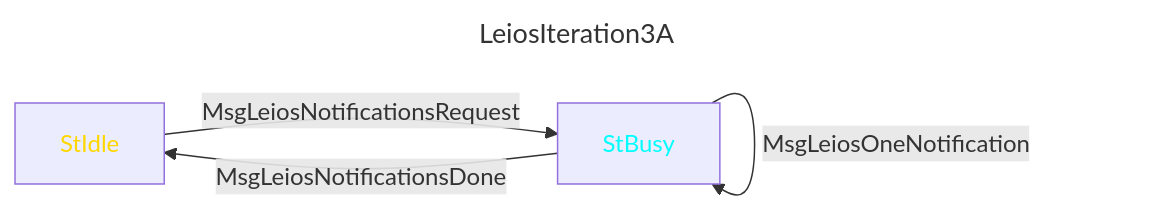
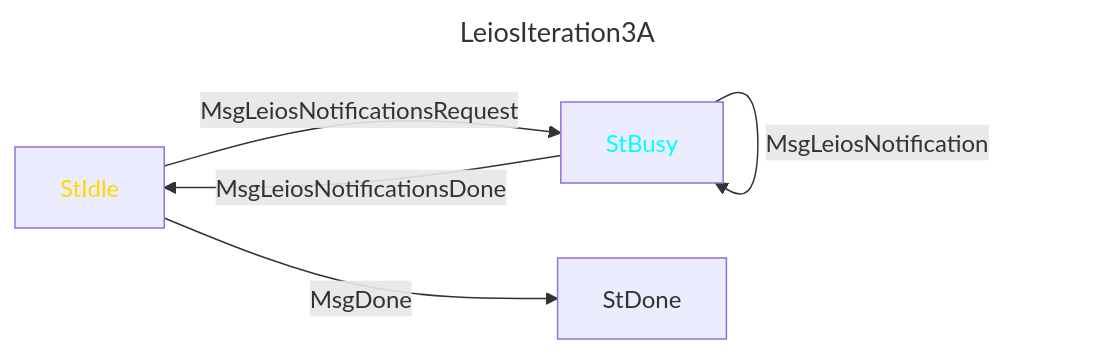
One commit to input-output-hk/ouroboros-leios changed the fourth of 9 diagrams in NewLinearLeiosMiniProtocols.md. Above: the diagram before and after it, drawn with Mermaid. The commit also changed other lines of this file, not shown here.

````diff
--- a/NewLinearLeiosMiniProtocols.md
+++ b/NewLinearLeiosMiniProtocols.md
@@ -143,10 +147,12 @@
 ```mermaid
 ---
 title: LeiosIteration3A
 ---
 graph LR
    style StIdle color:gold;
    style StBusy color:cyan;
 
-   StIdle -->|MsgLeiosNotificationsRequest| StBusy -->|MsgLeiosOneNotification| StBusy -->|MsgLeiosNotificationsDone| StIdle
+   StIdle -->|MsgLeiosNotificationsRequest| StBusy -->|MsgLeiosNotification| StBusy -->|MsgLeiosNotificationsDone| StIdle
+
+   StIdle -->|MsgDone| StDone
 ```
````
